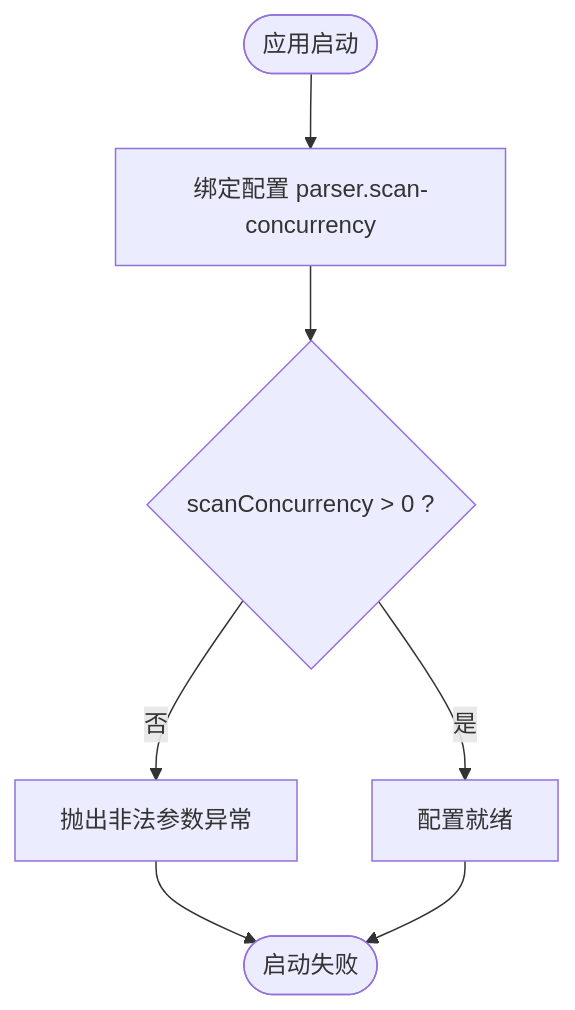
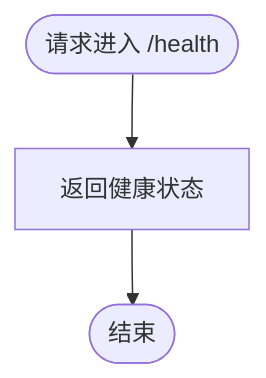
One commit to Joeyzheng001/LLM-AutoTest changed the third of 7 diagrams in .qoder/repowiki/zh/content/核心服务/Java解析器服务.md. Above: the diagram before and after it, drawn with Mermaid. The commit also changed other lines of this file and 186 other files, not shown here.

````diff
--- a/.qoder/repowiki/zh/content/核心服务/Java解析器服务.md
+++ b/.qoder/repowiki/zh/content/核心服务/Java解析器服务.md
@@ -147,9 +146,5 @@
 ```mermaid
 flowchart TD
-Start(["应用启动"]) --> Bind["绑定配置 parser.scan-concurrency"]
-Bind --> Validate{"scanConcurrency > 0 ?"}
-Validate --> |否| Error["抛出非法参数异常"]
-Validate --> |是| Ready["配置就绪"]
-Error --> End(["启动失败"])
-Ready --> End
+Start(["请求进入 /health"]) --> Check["返回健康状态"]
+Check --> End(["结束"])
 ```
````
